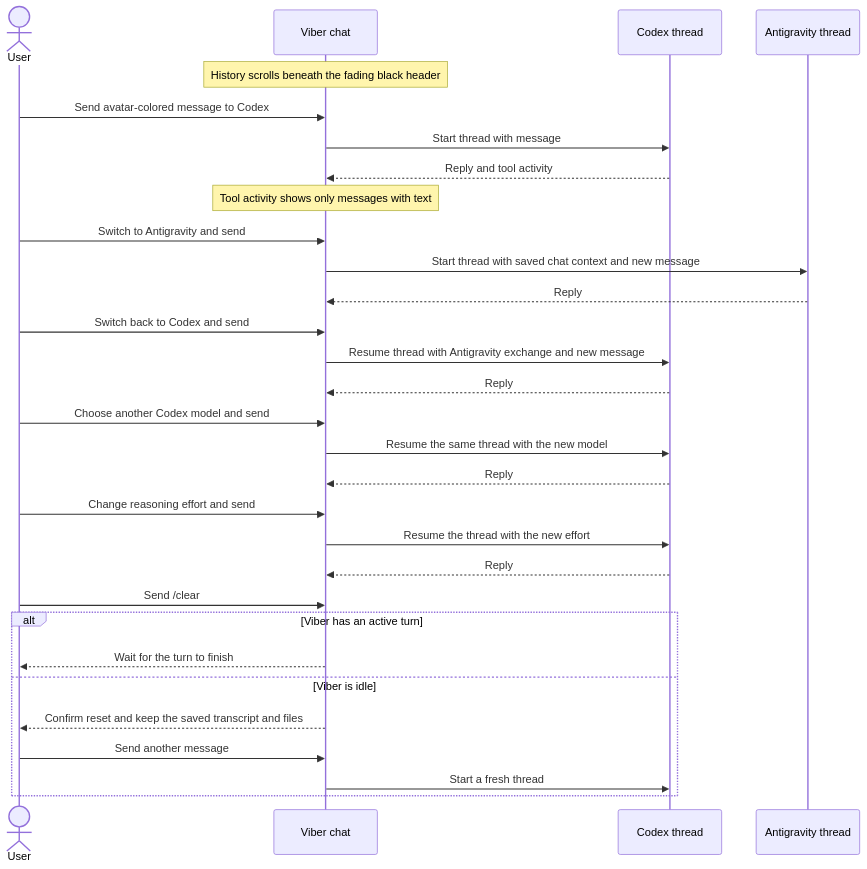
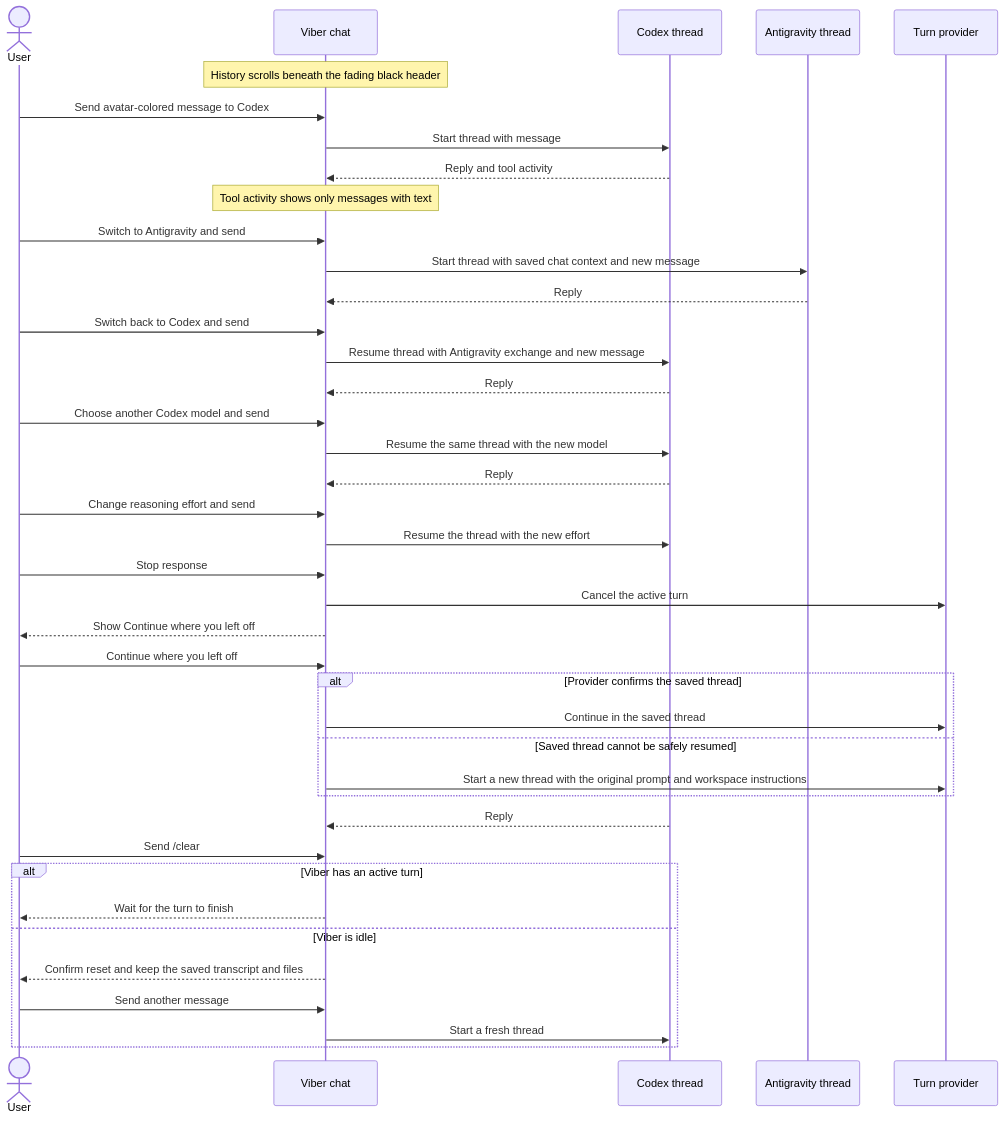
One commit to akshajrawat/akkco-vibestar changed the diagram in FEATUREMAP.md. Above: the diagram before and after it, drawn with Mermaid. The commit also changed 13 other files, not shown here.

Commit message:
Continue stopped Viber turns safely

````diff
--- a/FEATUREMAP.md
+++ b/FEATUREMAP.md
@@ -1,33 +1,43 @@
 ```mermaid
 sequenceDiagram
     actor User
     participant Chat as Viber chat
     participant Codex as Codex thread
     participant AGY as Antigravity thread
 
+    participant Provider as Turn provider
     Note over Chat: History scrolls beneath the fading black header
     User->>Chat: Send avatar-colored message to Codex
     Chat->>Codex: Start thread with message
     Codex-->>Chat: Reply and tool activity
     Note over Chat: Tool activity shows only messages with text
     User->>Chat: Switch to Antigravity and send
     Chat->>AGY: Start thread with saved chat context and new message
     AGY-->>Chat: Reply
     User->>Chat: Switch back to Codex and send
     Chat->>Codex: Resume thread with Antigravity exchange and new message
     Codex-->>Chat: Reply
     User->>Chat: Choose another Codex model and send
     Chat->>Codex: Resume the same thread with the new model
     Codex-->>Chat: Reply
     User->>Chat: Change reasoning effort and send
     Chat->>Codex: Resume the thread with the new effort
+    User->>Chat: Stop response
+    Chat->>Provider: Cancel the active turn
+    Chat-->>User: Show Continue where you left off
+    User->>Chat: Continue where you left off
+    alt Provider confirms the saved thread
+        Chat->>Provider: Continue in the saved thread
+    else Saved thread cannot be safely resumed
+        Chat->>Provider: Start a new thread with the original prompt and workspace instructions
+    end
     Codex-->>Chat: Reply
     User->>Chat: Send /clear
     alt Viber has an active turn
         Chat-->>User: Wait for the turn to finish
     else Viber is idle
         Chat-->>User: Confirm reset and keep the saved transcript and files
         User->>Chat: Send another message
         Chat->>Codex: Start a fresh thread
     end
 ```
````
